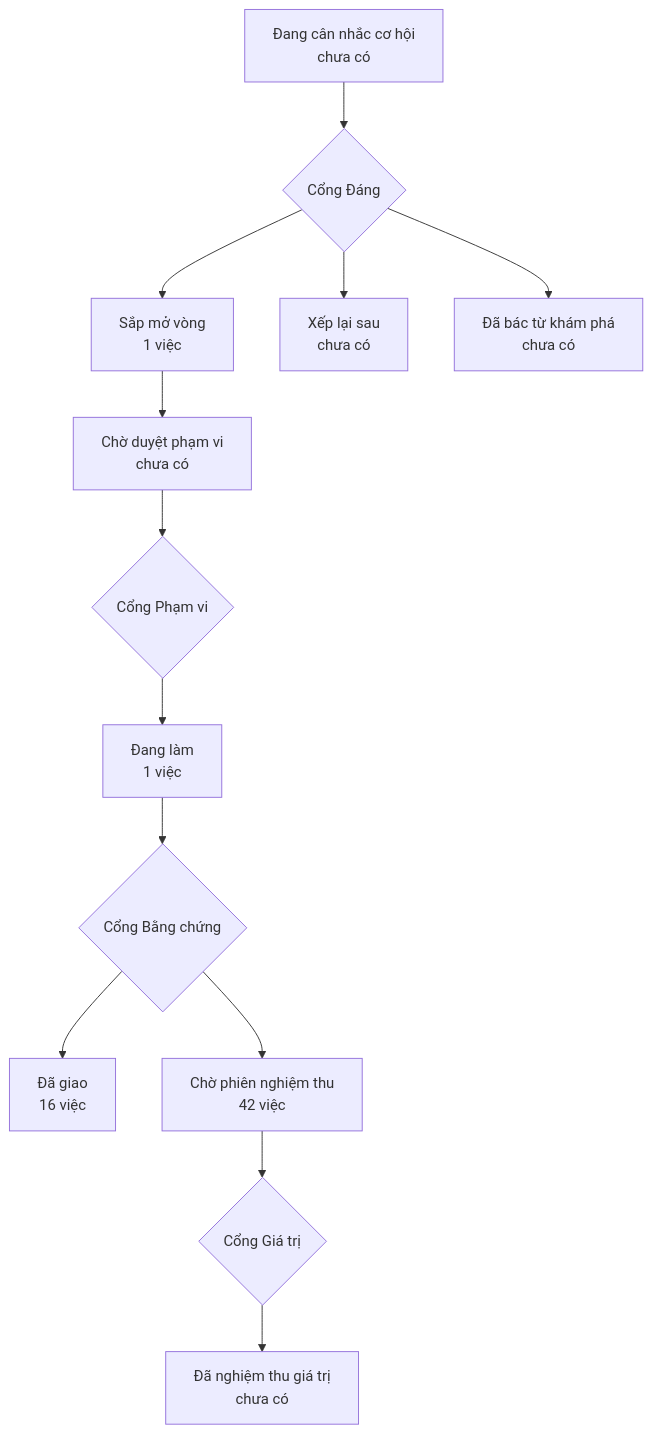
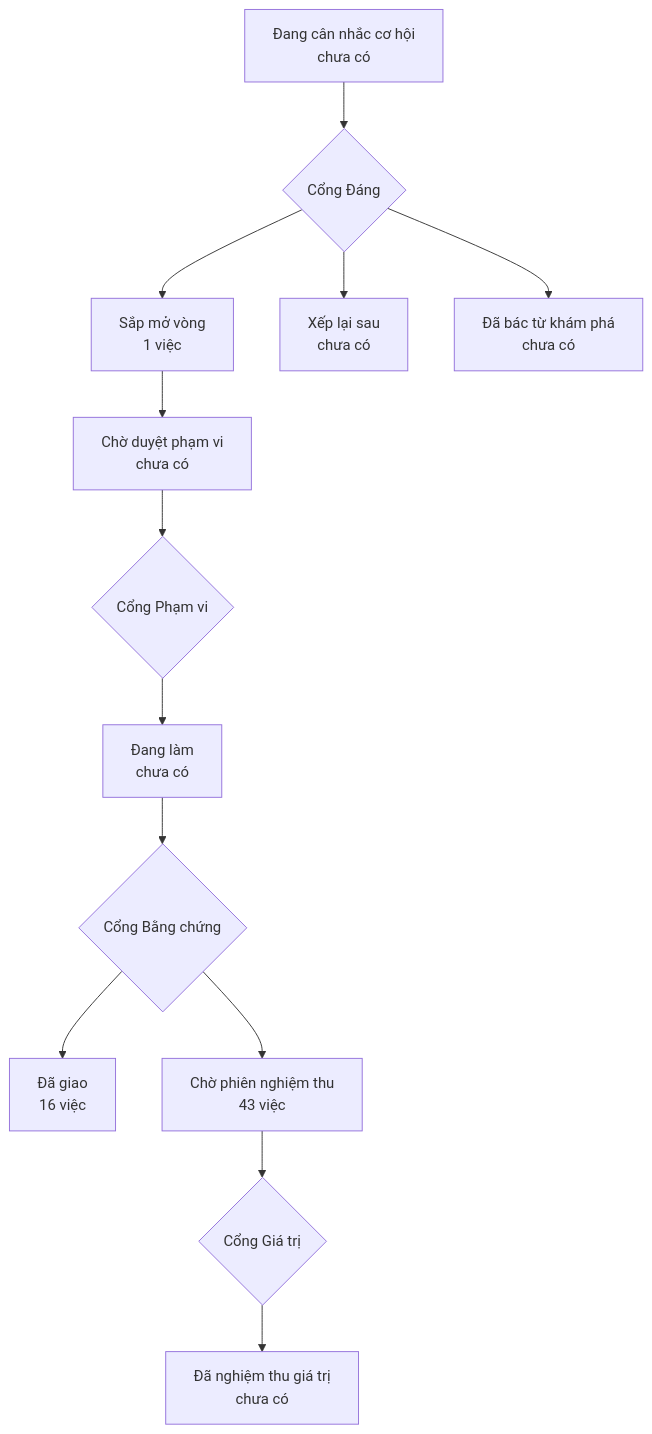
Before and after one commit to phanlemanh/onehub-quy-hang: the diagram in PRODUCT-MAP.md, drawn with Mermaid. The commit also changed other lines of this file and 13 other files, not shown here.

Commit message:
chore(goi-tu-may-tinh): bằng chứng lượt 2 PASS — máy thông (T2, cửa veto mở)

````diff
--- a/PRODUCT-MAP.md
+++ b/PRODUCT-MAP.md
@@ -7,12 +7,12 @@
 ```mermaid
 flowchart TD
   A["Đang cân nhắc cơ hội<br/>chưa có"] --> GD{"Cổng Đáng"}
   GD --> B["Sắp mở vòng<br/>1 việc"]
   GD --> XL["Xếp lại sau<br/>chưa có"]
   GD --> DB["Đã bác từ khám phá<br/>chưa có"]
   B --> CD["Chờ duyệt phạm vi<br/>chưa có"] --> GP{"Cổng Phạm vi"}
-  GP --> DL["Đang làm<br/>1 việc"] --> GB{"Cổng Bằng chứng"}
+  GP --> DL["Đang làm<br/>chưa có"] --> GB{"Cổng Bằng chứng"}
   GB --> DG["Đã giao<br/>16 việc"]
-  GB --> CN["Chờ phiên nghiệm thu<br/>42 việc"] --> GG{"Cổng Giá trị"}
+  GB --> CN["Chờ phiên nghiệm thu<br/>43 việc"] --> GG{"Cổng Giá trị"}
   GG --> NT["Đã nghiệm thu giá trị<br/>chưa có"]
 ```
````
